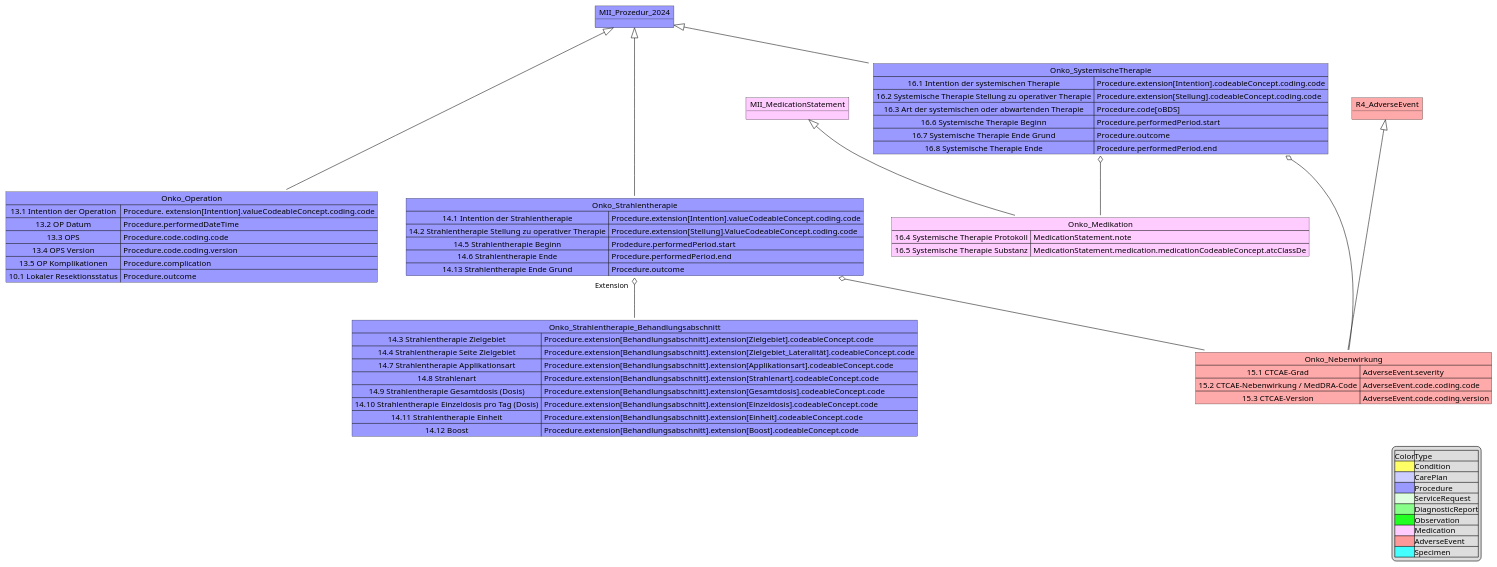
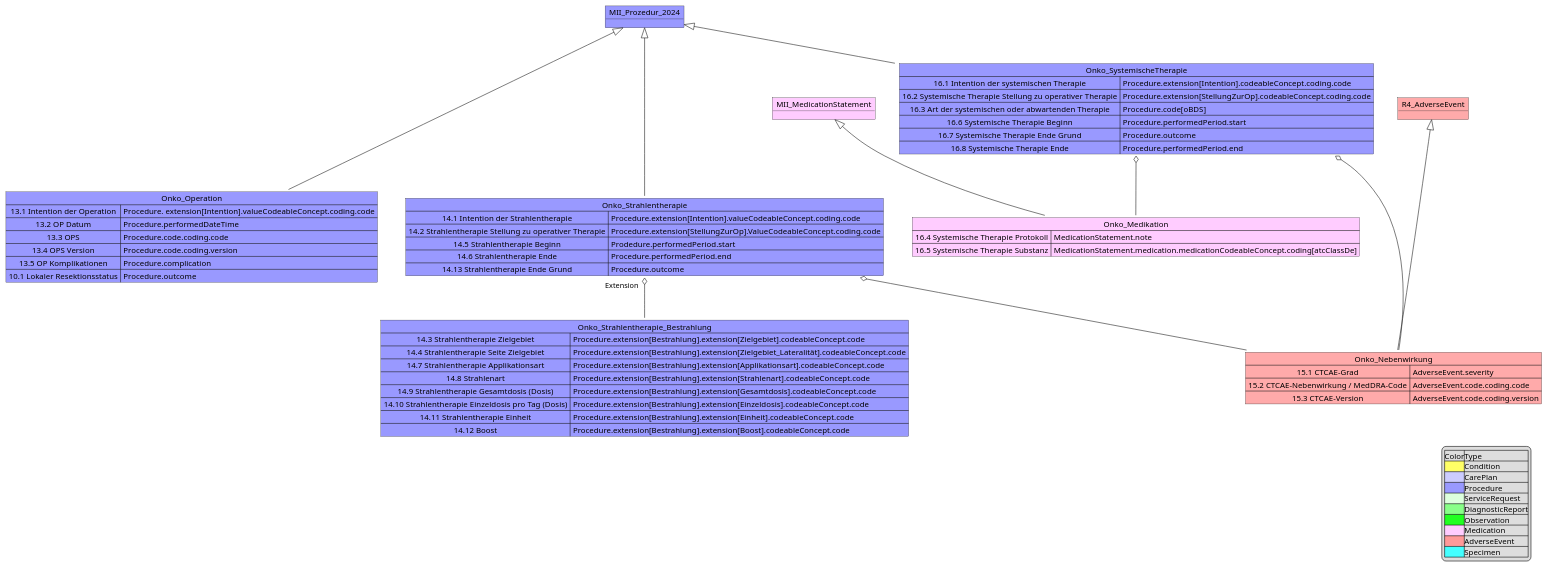
Before and after one commit to medizininformatik-initiative/kerndatensatzmodul-onkologie: the diagram in input/images-source/MII_Onko_13-16_Prozeduren.pu, drawn with PlantUML.

Commit message:
updated image description for procedure image

```diff
--- a/input/images-source/MII_Onko_13-16_Prozeduren.pu
+++ b/input/images-source/MII_Onko_13-16_Prozeduren.pu
@@ -1,84 +1,84 @@
 @startuml MII_Onko_13-16_Prozeduren
 object MII_Prozedur_2024 #9999FF
 Map Onko_Operation #9999FF{
 13.1 Intention der Operation => Procedure. extension[Intention].valueCodeableConcept.coding.code
 13.2 OP Datum => Procedure.performedDateTime
 13.3 OPS => Procedure.code.coding.code 
 13.4 OPS Version => Procedure.code.coding.version
 13.5 OP Komplikationen => Procedure.complication
 10.1 Lokaler Resektionsstatus => Procedure.outcome
 }
 Map Onko_Strahlentherapie #9999FF{
 14.1 Intention der Strahlentherapie => Procedure.extension[Intention].valueCodeableConcept.coding.code
-14.2 Strahlentherapie Stellung zu operativer Therapie => Procedure.extension[Stellung].ValueCodeableConcept.coding.code
+14.2 Strahlentherapie Stellung zu operativer Therapie => Procedure.extension[StellungZurOp].ValueCodeableConcept.coding.code
 
 14.5 Strahlentherapie Beginn => Prodedure.performedPeriod.start
 14.6 Strahlentherapie Ende =>Procedure.performedPeriod.end
 14.13 Strahlentherapie Ende Grund => Procedure.outcome
 }
 
-Map Onko_Strahlentherapie_Behandlungsabschnitt #9999FF{
-14.3 Strahlentherapie Zielgebiet => Procedure.extension[Behandlungsabschnitt].extension[Zielgebiet].codeableConcept.code
-14.4 Strahlentherapie Seite Zielgebiet => Procedure.extension[Behandlungsabschnitt].extension[Zielgebiet_Lateralität].codeableConcept.code
-14.7 Strahlentherapie Applikationsart => Procedure.extension[Behandlungsabschnitt].extension[Applikationsart].codeableConcept.code
-14.8 Strahlenart => Procedure.extension[Behandlungsabschnitt].extension[Strahlenart].codeableConcept.code
-14.9 Strahlentherapie Gesamtdosis (Dosis) => Procedure.extension[Behandlungsabschnitt].extension[Gesamtdosis].codeableConcept.code
-14.10 Strahlentherapie Einzeldosis pro Tag (Dosis) =>Procedure.extension[Behandlungsabschnitt].extension[Einzeldosis].codeableConcept.code
-14.11 Strahlentherapie Einheit =>Procedure.extension[Behandlungsabschnitt].extension[Einheit].codeableConcept.code
-14.12 Boost=>Procedure.extension[Behandlungsabschnitt].extension[Boost].codeableConcept.code
+Map Onko_Strahlentherapie_Bestrahlung #9999FF{
+14.3 Strahlentherapie Zielgebiet => Procedure.extension[Bestrahlung].extension[Zielgebiet].codeableConcept.code
+14.4 Strahlentherapie Seite Zielgebiet => Procedure.extension[Bestrahlung].extension[Zielgebiet_Lateralität].codeableConcept.code
+14.7 Strahlentherapie Applikationsart => Procedure.extension[Bestrahlung].extension[Applikationsart].codeableConcept.code
+14.8 Strahlenart => Procedure.extension[Bestrahlung].extension[Strahlenart].codeableConcept.code
+14.9 Strahlentherapie Gesamtdosis (Dosis) => Procedure.extension[Bestrahlung].extension[Gesamtdosis].codeableConcept.code
+14.10 Strahlentherapie Einzeldosis pro Tag (Dosis) =>Procedure.extension[Bestrahlung].extension[Einzeldosis].codeableConcept.code
+14.11 Strahlentherapie Einheit =>Procedure.extension[Bestrahlung].extension[Einheit].codeableConcept.code
+14.12 Boost=>Procedure.extension[Bestrahlung].extension[Boost].codeableConcept.code
 }
 
-Onko_Strahlentherapie "Extension   " o-- Onko_Strahlentherapie_Behandlungsabschnitt
+Onko_Strahlentherapie "Extension   " o-- Onko_Strahlentherapie_Bestrahlung
 
 Map Onko_SystemischeTherapie #9999FF{
 16.1 Intention der systemischen Therapie => Procedure.extension[Intention].codeableConcept.coding.code
-16.2 Systemische Therapie Stellung zu operativer Therapie => Procedure.extension[Stellung].codeableConcept.coding.code
+16.2 Systemische Therapie Stellung zu operativer Therapie => Procedure.extension[StellungZurOp].codeableConcept.coding.code
 16.3 Art der systemischen oder abwartenden Therapie => Procedure.code[oBDS]
 16.6 Systemische Therapie Beginn => Procedure.performedPeriod.start
 
 16.7 Systemische Therapie Ende Grund => Procedure.outcome 
 
 16.8 Systemische Therapie Ende => Procedure.performedPeriod.end
 }
 
 Map Onko_Medikation #FFCCFF{
 
 16.4 Systemische Therapie Protokoll => MedicationStatement.note
 
-16.5 Systemische Therapie Substanz => MedicationStatement.medication.medicationCodeableConcept.atcClassDe
+16.5 Systemische Therapie Substanz => MedicationStatement.medication.medicationCodeableConcept.coding[atcClassDe]
+}
 
-}
 object MII_MedicationStatement #FFCCFF
 MII_MedicationStatement <|-- Onko_Medikation
 Onko_SystemischeTherapie o-- Onko_Medikation
 
 MII_Prozedur_2024 <|--- Onko_Operation
 MII_Prozedur_2024 <|--- Onko_Strahlentherapie
 MII_Prozedur_2024 <|-- Onko_SystemischeTherapie
 
 object R4_AdverseEvent #FFAAAA
 
 Map Onko_Nebenwirkung #FFAAAA{
     15.1 CTCAE-Grad => AdverseEvent.severity
     15.2 CTCAE-Nebenwirkung / MedDRA-Code => AdverseEvent.code.coding.code 
     15.3 CTCAE-Version => AdverseEvent.code.coding.version
 }
 R4_AdverseEvent <|--- Onko_Nebenwirkung
 
 
 Onko_Strahlentherapie o-- Onko_Nebenwirkung
 Onko_SystemischeTherapie o-- Onko_Nebenwirkung
 
 legend right 
 |Color|Type|
 |<#FFFF66>|Condition|
 |<#CCCCFF>|CarePlan|
 |<#9999FF>|Procedure|
 |<#DDFFDD>|ServiceRequest|
 |<#88FF88>|DiagnosticReport|
 |<#22FF22>|Observation|
 |<#FFCCFF>|Medication|
 |<#FF9999>|AdverseEvent|
 |<#44FFFF>|Specimen|
 endlegend
 @enduml
```
